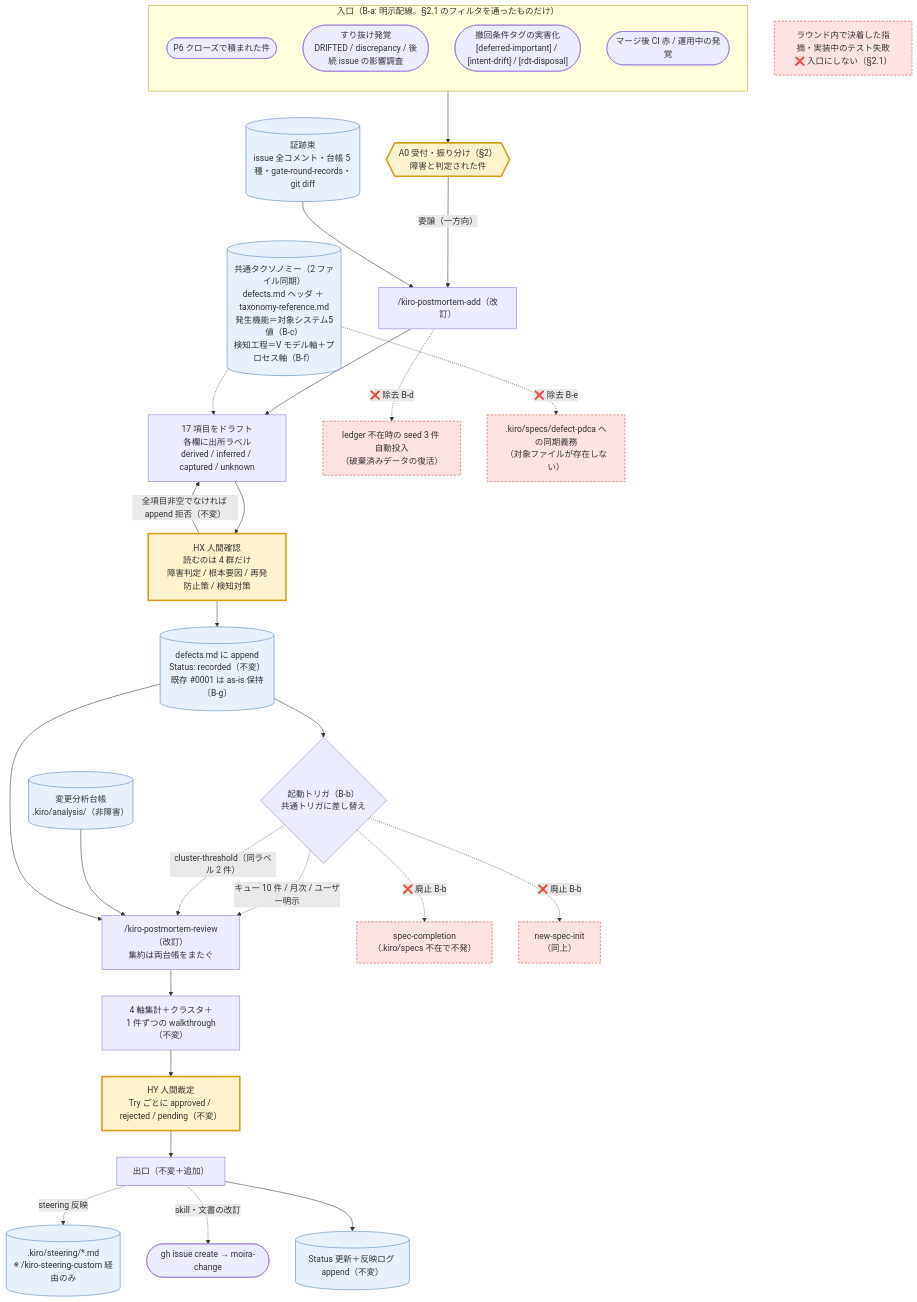
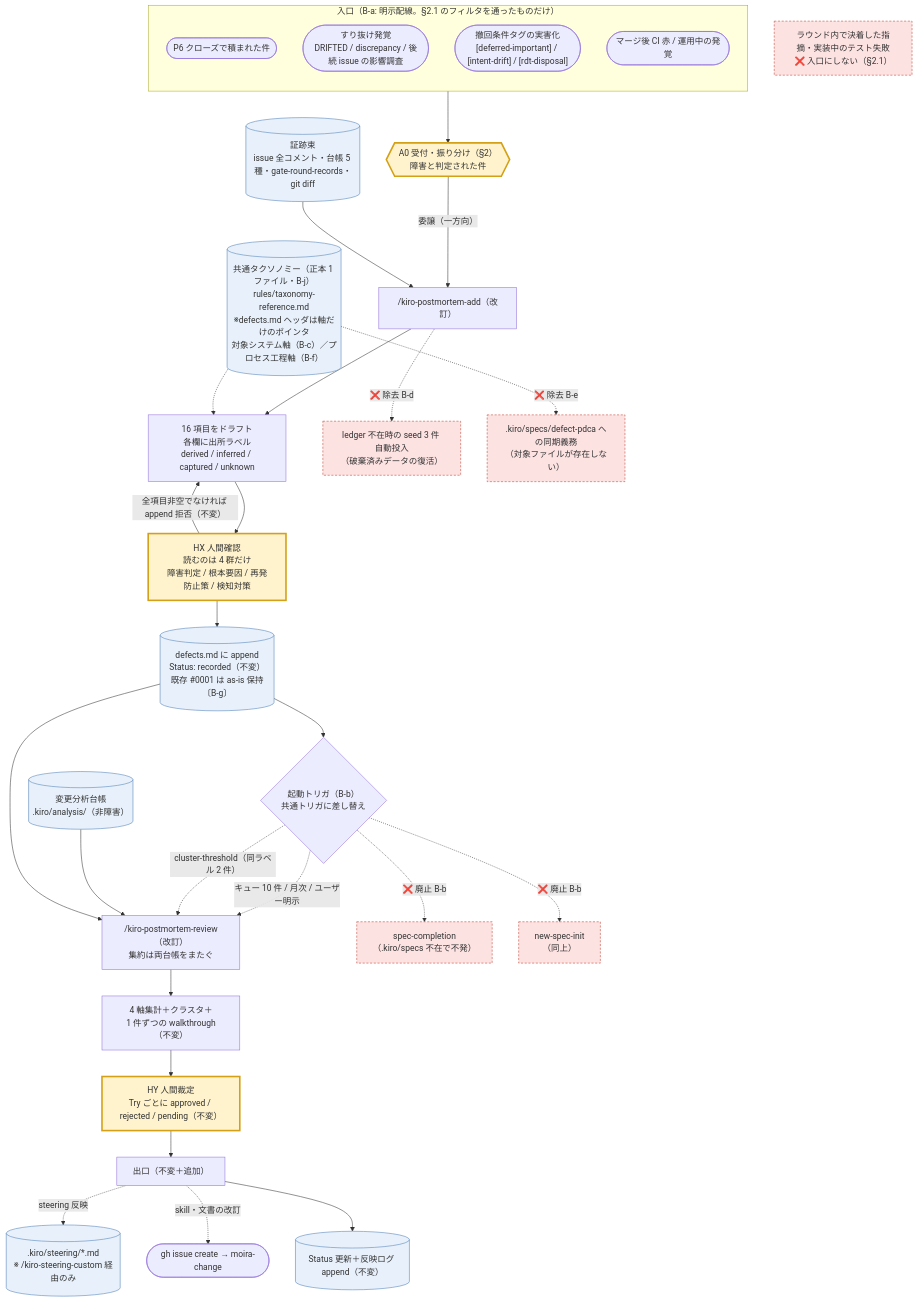
Before and after one commit to PrimeBrains/moira: the third of 3 diagrams in moira/plans/2026-07-25-change-analysis-dfd.md, drawn with Mermaid. The commit also changed other lines of this file and 22 other files, not shown here.

````diff
--- a/moira/plans/2026-07-25-change-analysis-dfd.md
+++ b/moira/plans/2026-07-25-change-analysis-dfd.md
@@ -222,49 +236,49 @@
 ```mermaid
 flowchart TB
     A0IN{{"A0 受付・振り分け（§2）<br/>障害と判定された件"}}:::human -->|委譲（一方向）| ADD
 
     subgraph INS["入口（B-a: 明示配線。§2.1 のフィルタを通ったものだけ）"]
         direction TB
         I1([P6 クローズで積まれた件])
         I2(["すり抜け発覚<br/>DRIFTED / discrepancy / 後続 issue の影響調査"])
         I3(["撤回条件タグの実害化<br/>[deferred-important] / [intent-drift] / [rdt-disposal]"])
         I4([マージ後 CI 赤 / 運用中の発覚])
     end
     INS --> A0IN
     XCL["ラウンド内で決着した指摘・実装中のテスト失敗<br/>❌ 入口にしない（§2.1）"]:::dead
 
     SRCB[("証跡束<br/>issue 全コメント・台帳 5 種・gate-round-records・git diff")]:::persist --> ADD
 
     ADD["/kiro-postmortem-add（改訂）"]
-    ADD --> D17["17 項目をドラフト<br/>各欄に出所ラベル<br/>derived / inferred / captured / unknown"]
+    ADD --> D17["16 項目をドラフト<br/>各欄に出所ラベル<br/>derived / inferred / captured / unknown"]
 
-    TAX2[("共通タクソノミー（2 ファイル同期）<br/>defects.md ヘッダ ＋ taxonomy-reference.md<br/>発生機能＝対象システム5値（B-c）<br/>検知工程＝V モデル軸＋プロセス軸（B-f）")]:::persist -.-> D17
+    TAX2[("共通タクソノミー（正本 1 ファイル・B-j）<br/>rules/taxonomy-reference.md<br/>※defects.md ヘッダは軸だけのポインタ<br/>対象システム軸（B-c）／プロセス工程軸（B-f）")]:::persist -.-> D17
 
     D17 --> HXB["HX 人間確認<br/>読むのは 4 群だけ<br/>障害判定 / 根本要因 / 再発防止策 / 検知対策"]:::human
     HXB -->|全項目非空でなければ append 拒否（不変）| D17
     HXB --> APPB[("defects.md に append<br/>Status: recorded（不変）<br/>既存 #0001 は as-is 保持〔B-g〕")]:::persist
 
     APPB --> TRG2{"起動トリガ（B-b）<br/>共通トリガに差し替え"}
     TRG2 -.->|"キュー 10 件 / 月次 / ユーザー明示"| REV2
     TRG2 -.->|"cluster-threshold（同ラベル 2 件）"| REV2
     TRG2 -.->|❌ 廃止 B-b| RM1["spec-completion<br/>（.kiro/specs 不在で不発）"]:::dead
     TRG2 -.->|❌ 廃止 B-b| RM2["new-spec-init<br/>（同上）"]:::dead
 
     ANA2[("変更分析台帳<br/>.kiro/analysis/（非障害）")]:::persist --> REV2
     APPB --> REV2
 
     REV2["/kiro-postmortem-review（改訂）<br/>集約は両台帳をまたぐ"]
     REV2 --> AGG3["4 軸集計＋クラスタ＋<br/>1 件ずつの walkthrough（不変）"]
     AGG3 --> HY2["HY 人間裁定<br/>Try ごとに approved / rejected / pending（不変）"]:::human
     HY2 --> HO2["出口（不変＋追加）"]
     HO2 -.->|steering 反映| ST2[(".kiro/steering/*.md<br/>※ /kiro-steering-custom 経由のみ")]:::persist
     HO2 -.->|skill・文書の改訂| IS2([gh issue create → moira-change])
     HO2 --> LOG2[("Status 更新＋反映ログ append（不変）")]:::persist
 
     ADD -.->|❌ 除去 B-d| RM3["ledger 不在時の seed 3 件 自動投入<br/>（破棄済みデータの復活）"]:::dead
     TAX2 -.->|❌ 除去 B-e| RM4[".kiro/specs/defect-pdca への同期義務<br/>（対象ファイルが存在しない）"]:::dead
 
     classDef persist fill:#e8f1fb,stroke:#4a7db5
     classDef human fill:#fff3cd,stroke:#d4a017,stroke-width:3px
     classDef dead fill:#fde2e2,stroke:#c0392b,stroke-dasharray: 4 3
 ```
````
